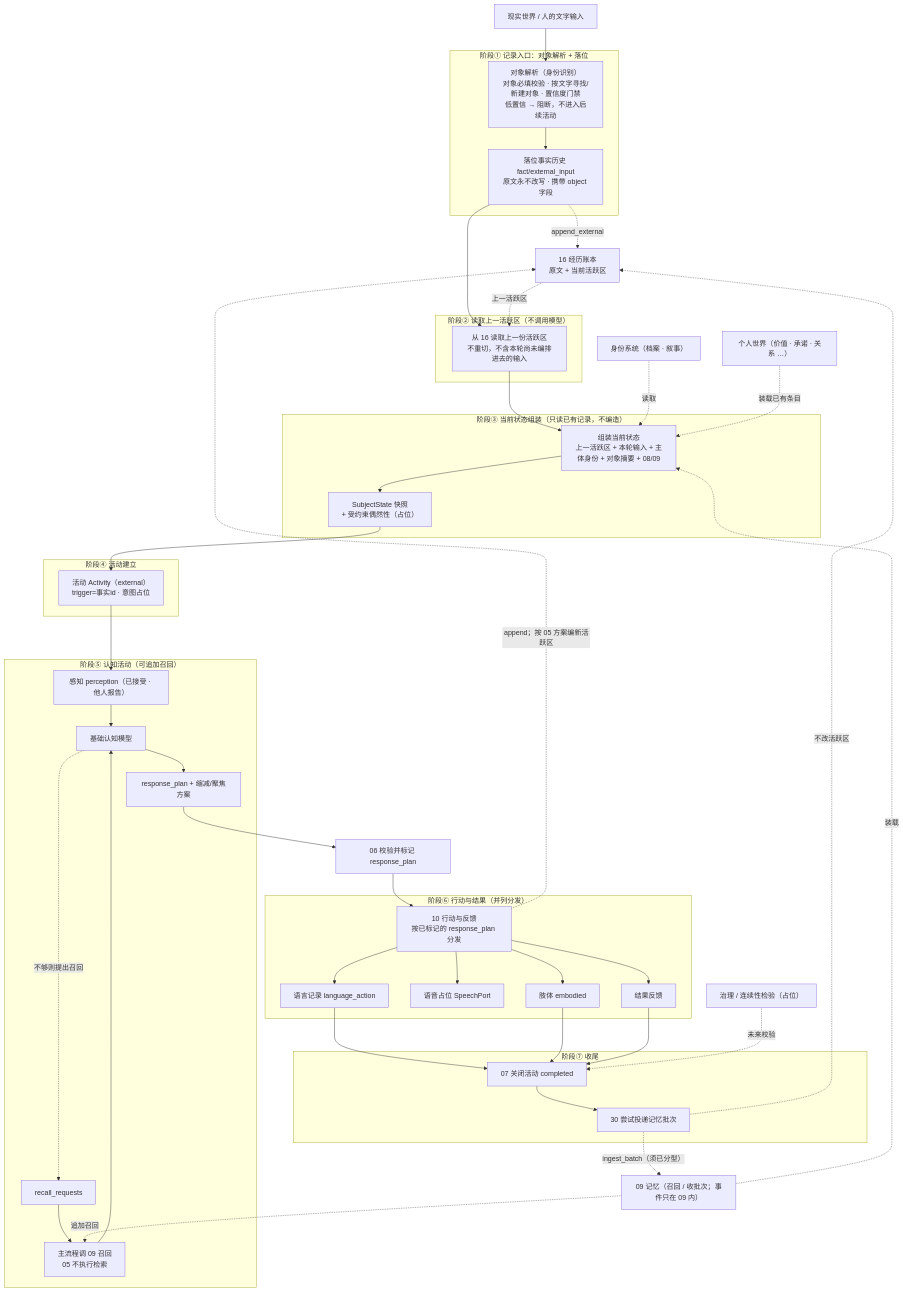
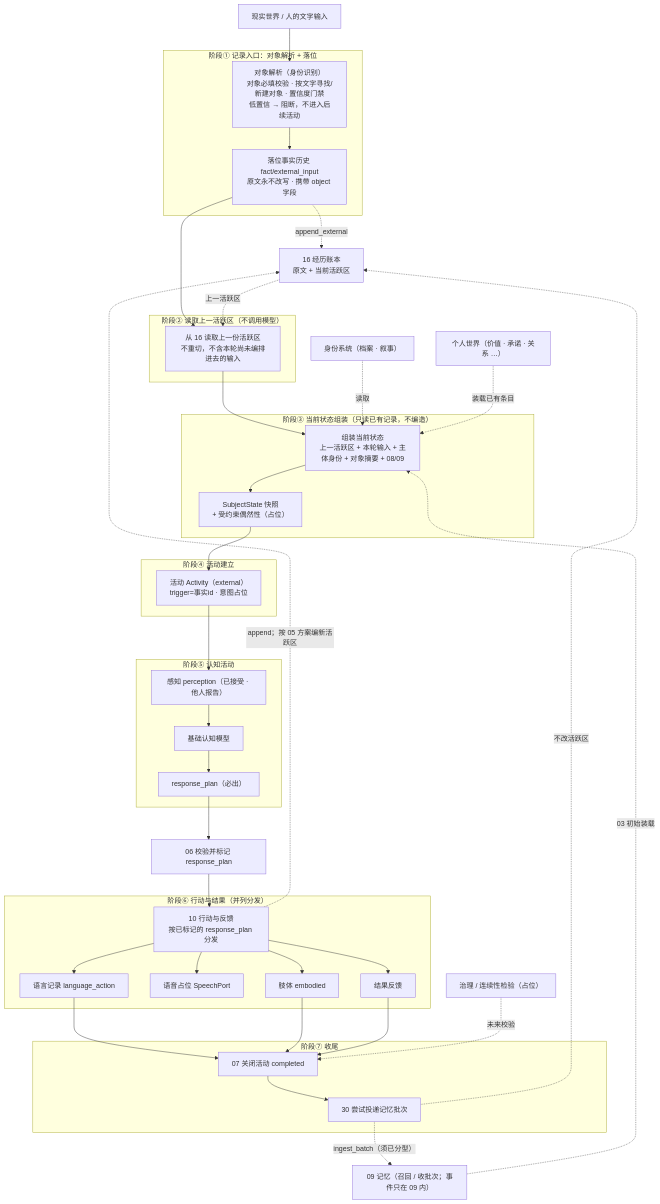
The diagram in doc/design/00-流程总览与输入边界.md (Llllsuhdjhhd/JShi), drawn with Mermaid before and after one commit. The commit also changed other lines of this file and 42 other files, not shown here.

```diff
--- a/doc/design/00-流程总览与输入边界.md
+++ b/doc/design/00-流程总览与输入边界.md
@@ -46,15 +46,12 @@
 
     P6 --> P7
 
-    subgraph S5["阶段⑤ 认知活动（可追加召回）"]
+    subgraph S5["阶段⑤ 认知活动"]
         P7["感知 perception（已接受 · 他人报告）"]
         P8["基础认知模型"]
-        P9["response_plan + 缩减/聚焦方案"]
+        P9["response_plan（必出）"]
         P7 --> P8
         P8 --> P9
-        P8 -. "不够则提出召回" .-> Q1["recall_requests"]
-        Q1 --> Q2["主流程调 09 召回<br/>05 不执行检索"]
-        Q2 --> P8
     end
 
     P9 --> P06["06 校验并标记 response_plan"]
@@ -89,8 +86,7 @@
     ID -. "读取" .-> P5
     PW -. "装载已有条目" .-> P5
     LED -. "上一活跃区" .-> P3
-    MEM -. "装载" .-> P5
-    MEM -. "追加召回" .-> Q2
+    MEM -. "03 初始装载" .-> P5
     P12 -. "ingest_batch（须已分型）" .-> MEM
     P12 -. "不改活跃区" .-> LED
     P10 -. "append；按 05 方案编新活跃区" .-> LED
```
